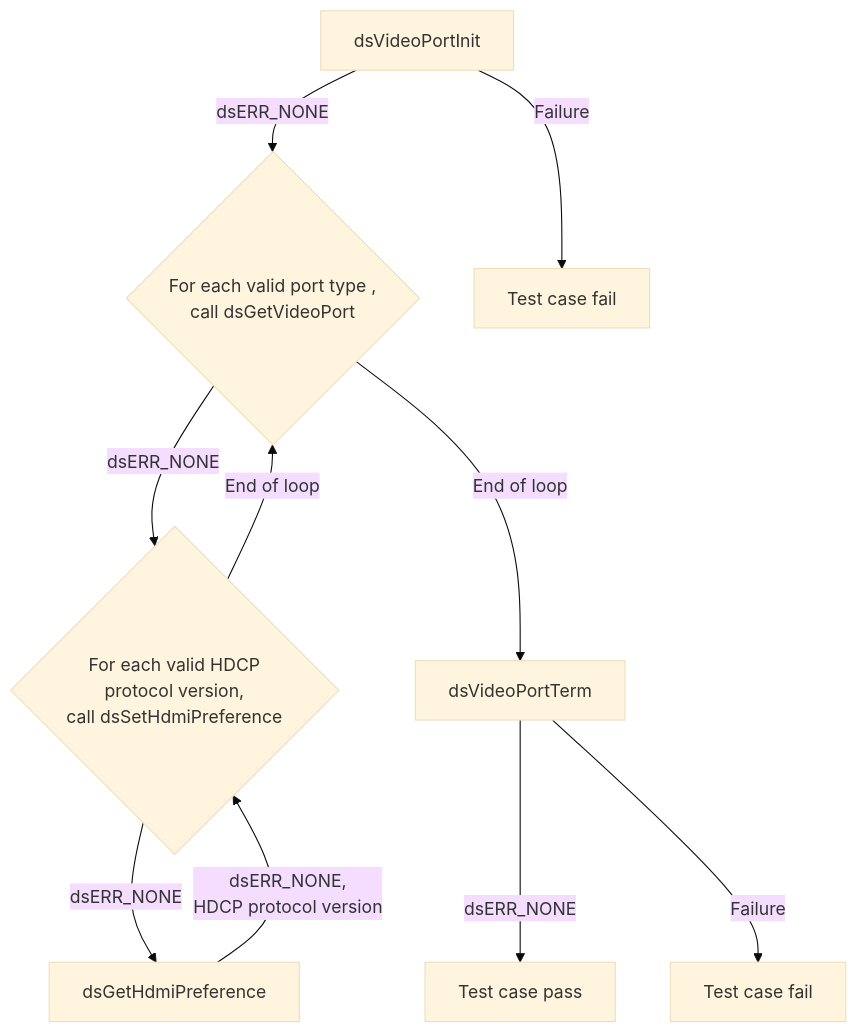
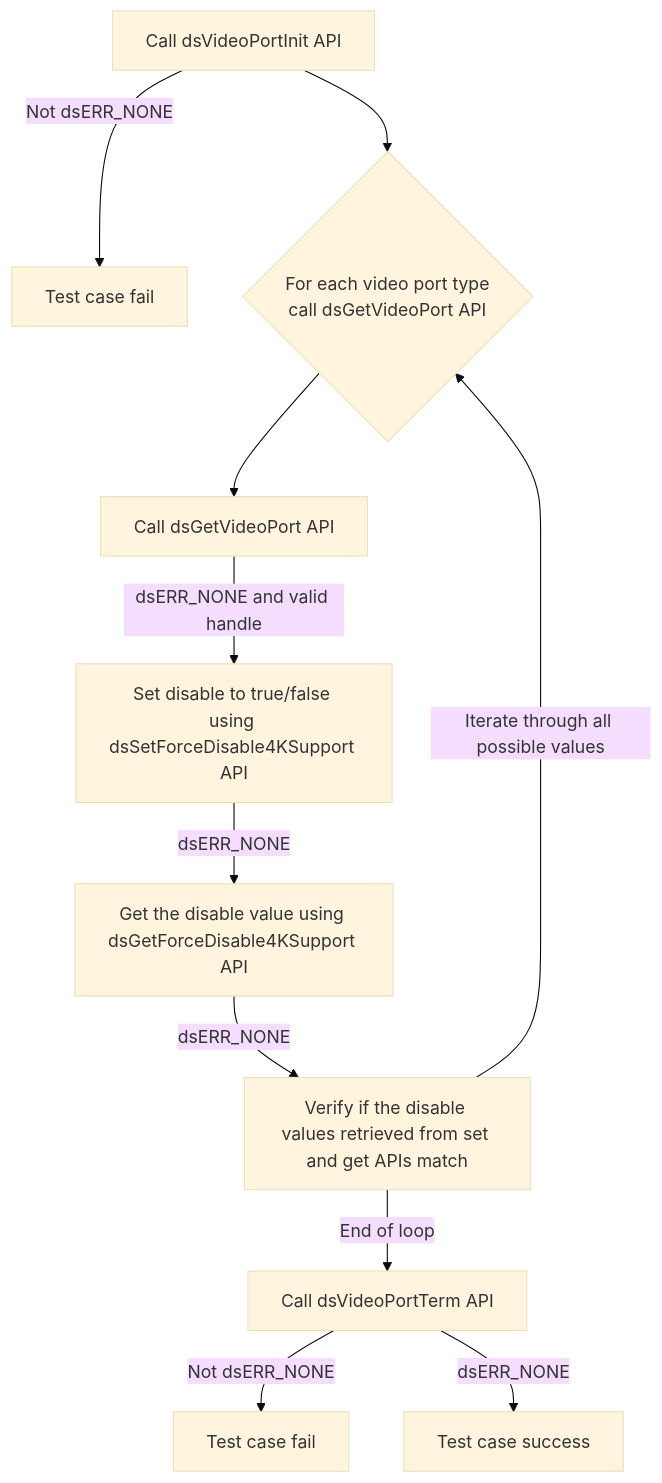
Before and after one commit to rdkcentral/rdk-halif-test-device_settings: diagram 13 of 30 in docs/pages/dsVideoPort_L2_Low-Level_TestSpecification.md, drawn with Mermaid (base theme). The commit also changed other lines of this file and 5 other files, not shown here.

````diff
--- a/docs/pages/dsVideoPort_L2_Low-Level_TestSpecification.md
+++ b/docs/pages/dsVideoPort_L2_Low-Level_TestSpecification.md
@@ -513,12 +601,11 @@
 ```mermaid
 graph TB
-A[dsVideoPortInit] -->|dsERR_NONE| B{For each valid port type , <br> call dsGetVideoPort}
-B -->|dsERR_NONE| D{For each valid HDCP <br> protocol version, <br> call dsSetHdmiPreference}
-D -->|dsERR_NONE| F[dsGetHdmiPreference]
-F -->|dsERR_NONE,<br> HDCP protocol version| D
-D -->|End of loop| B
-B -->|End of loop|G[dsVideoPortTerm]
-G -->|dsERR_NONE| H[Test case pass]
-A -->|Failure| I[Test case fail]
-G -->|Failure| M[Test case fail]
+    A[Call dsVideoPortInit API] -->|Not dsERR_NONE| A1[Test case fail]
+    A --> P{For each video port type <br>call dsGetVideoPort API} --> B[Call dsGetVideoPort API] 
+    B[Call dsGetVideoPort API] --> |dsERR_NONE and valid handle|C[Set disable to true/false using dsSetForceDisable4KSupport API]
+    C --> |dsERR_NONE| D[Get the disable value using dsGetForceDisable4KSupport API] 
+    D --> |dsERR_NONE| E[Verify if the disable values retrieved from set and get APIs match]
+    E --> |Iterate through all possible values | P
+    E --> |End of loop| F -->|Not dsERR_NONE| G[Test case fail]
+    F[Call dsVideoPortTerm API] -->|dsERR_NONE| F1[Test case success]
 ```
````
